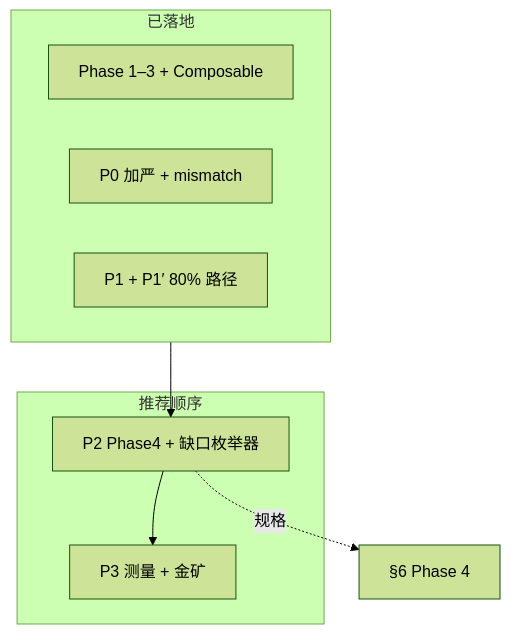
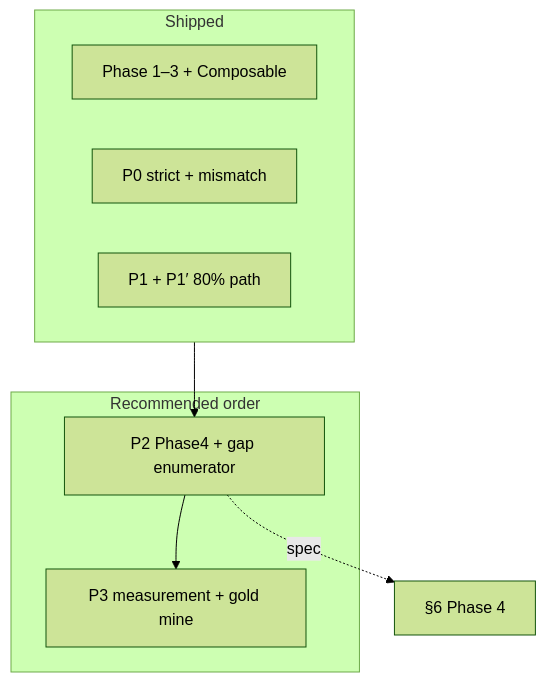
One commit to didclawapp-ai/zagens changed the third of 4 diagrams in docs/harness/LONG_HORIZON_CODE_TASKS.md. Above: the diagram before and after it, drawn with Mermaid (forest theme). The commit also changed other lines of this file and 26 other files, not shown here.

````diff
--- a/docs/harness/LONG_HORIZON_CODE_TASKS.md
+++ b/docs/harness/LONG_HORIZON_CODE_TASKS.md
@@ -1050,14 +1052,14 @@
 ```mermaid
 flowchart TB
-  subgraph done["已落地"]
+  subgraph done["Shipped"]
     P1P[Phase 1–3 + Composable]
-    P0d[P0 加严 + mismatch]
-    P1d[P1 + P1′ 80% 路径]
+    P0d[P0 strict + mismatch]
+    P1d[P1 + P1′ 80% path]
   end
-  subgraph next["推荐顺序"]
-    P2[P2 Phase4 + 缺口枚举器]
-    P3[P3 测量 + 金矿]
+  subgraph next["Recommended order"]
+    P2[P2 Phase4 + gap enumerator]
+    P3[P3 measurement + gold mine]
   end
   done --> P2 --> P3
-  P2 -. 规格 .-> P4doc[§6 Phase 4]
+  P2 -. spec .-> P4doc[§6 Phase 4]
 ```
````
